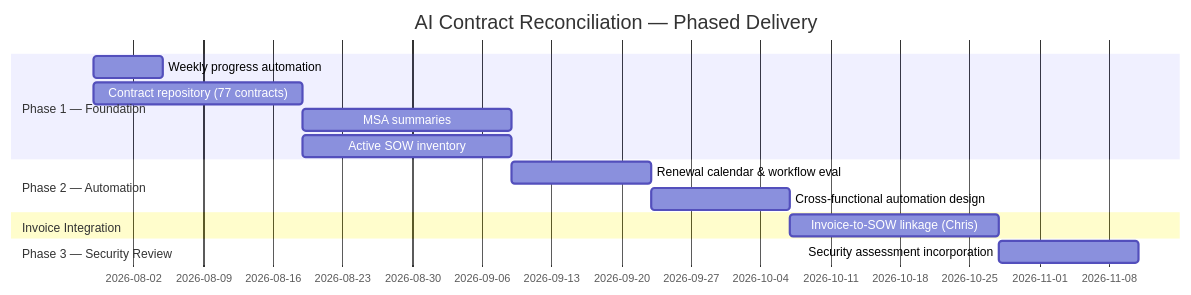
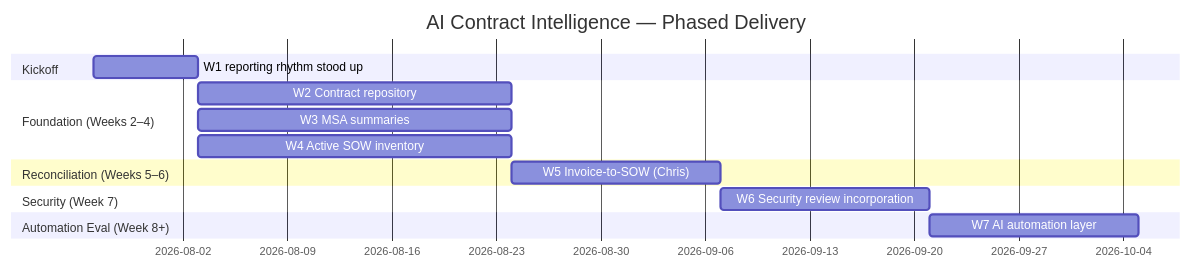
The diagram in docs/AI-Contract-Reconciliation-Project-Plan.md (jlthomas5516/Seller-Onboarding-), drawn with Mermaid before and after one commit. The commit also changed other lines of this file, not shown here.

````diff
--- a/docs/AI-Contract-Reconciliation-Project-Plan.md
+++ b/docs/AI-Contract-Reconciliation-Project-Plan.md
@@ -28,17 +39,17 @@
 ```mermaid
 gantt
-    title AI Contract Reconciliation — Phased Delivery
+    title AI Contract Intelligence — Phased Delivery
     dateFormat  YYYY-MM-DD
-    section Phase 1 — Foundation
-    Weekly progress automation           :p1a, 2026-07-29, 7d
-    Contract repository (77 contracts) :p1b, 2026-07-29, 21d
-    MSA summaries                        :p1c, after p1b, 21d
-    Active SOW inventory                 :p1d, after p1b, 21d
-    section Phase 2 — Automation
-    Renewal calendar & workflow eval     :p2a, after p1c, 14d
-    Cross-functional automation design   :p2b, after p2a, 14d
-    section Invoice Integration
-    Invoice-to-SOW linkage (Chris)       :inv, after p2b, 21d
-    section Phase 3 — Security Review
-    Security assessment incorporation    :p3a, after inv, 14d
+    section Kickoff
+    W1 reporting rhythm stood up       :w1, 2026-07-27, 7d
+    section Foundation (Weeks 2–4)
+    W2 Contract repository             :w2, 2026-08-03, 21d
+    W3 MSA summaries                   :w3, 2026-08-03, 21d
+    W4 Active SOW inventory              :w4, 2026-08-03, 21d
+    section Reconciliation (Weeks 5–6)
+    W5 Invoice-to-SOW (Chris)          :w5, 2026-08-24, 14d
+    section Security (Week 7)
+    W6 Security review incorporation   :w6, 2026-09-07, 14d
+    section Automation Eval (Week 8+)
+    W7 AI automation layer             :w7, 2026-09-21, 14d
 ```
````
